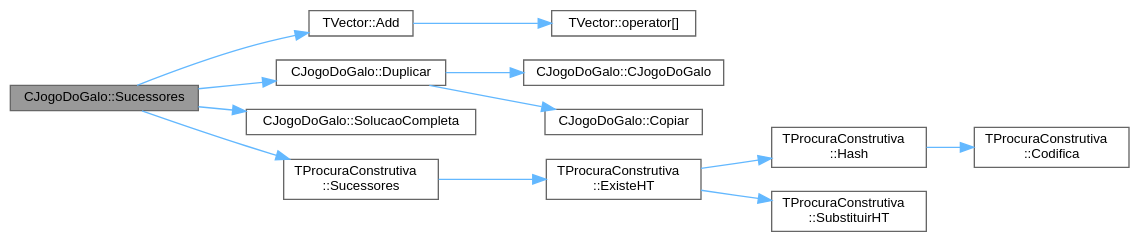
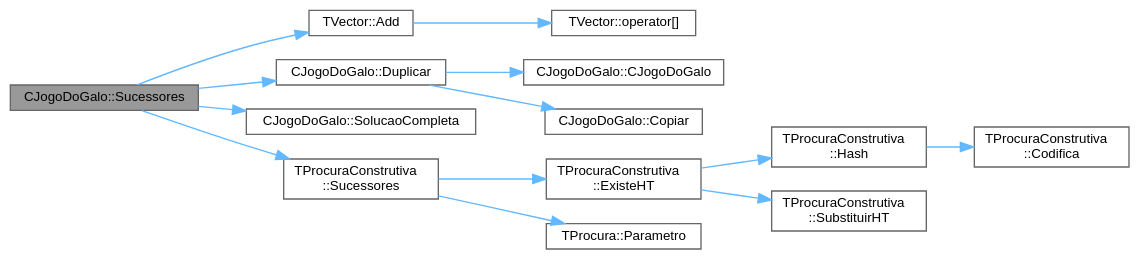
The diagram in classCJogoDoGalo_a00004ccf1fa3974c67e655291db65cfb_cgraph.dot (jcoelho72/TProcura), drawn with Graphviz before and after one commit. The commit also changed 84 other files, not shown here.

```diff
--- a/classCJogoDoGalo_a00004ccf1fa3974c67e655291db65cfb_cgraph.dot
+++ b/classCJogoDoGalo_a00004ccf1fa3974c67e655291db65cfb_cgraph.dot
@@ -1,31 +1,33 @@
 digraph "CJogoDoGalo::Sucessores"
 {
  // LATEX_PDF_SIZE
   bgcolor="transparent";
   edge [fontname=Helvetica,fontsize=10,labelfontname=Helvetica,labelfontsize=10];
   node [fontname=Helvetica,fontsize=10,shape=box,height=0.2,width=0.4];
   rankdir="LR";
   Node1 [id="Node000001",label="CJogoDoGalo::Sucessores",height=0.2,width=0.4,color="gray40", fillcolor="grey60", style="filled", fontcolor="black",tooltip="Coloca em sucessores a lista de estados sucessores."];
-  Node1 -> Node2 [id="edge12_Node000001_Node000002",color="steelblue1",style="solid",tooltip=" "];
+  Node1 -> Node2 [id="edge13_Node000001_Node000002",color="steelblue1",style="solid",tooltip=" "];
   Node2 [id="Node000002",label="TVector::Add",height=0.2,width=0.4,color="grey40", fillcolor="white", style="filled",URL="$classTVector.html#aa28afdd47b27c5e004fc75b86d6f66a6",tooltip=" "];
-  Node2 -> Node3 [id="edge13_Node000002_Node000003",color="steelblue1",style="solid",tooltip=" "];
+  Node2 -> Node3 [id="edge14_Node000002_Node000003",color="steelblue1",style="solid",tooltip=" "];
   Node3 [id="Node000003",label="TVector::operator[]",height=0.2,width=0.4,color="grey40", fillcolor="white", style="filled",URL="$classTVector.html#a372a42fd7c4a94fee43db36d6a339b33",tooltip="Acesso por índice com auto-expansão."];
-  Node1 -> Node4 [id="edge14_Node000001_Node000004",color="steelblue1",style="solid",tooltip=" "];
+  Node1 -> Node4 [id="edge15_Node000001_Node000004",color="steelblue1",style="solid",tooltip=" "];
   Node4 [id="Node000004",label="CJogoDoGalo::Duplicar",height=0.2,width=0.4,color="grey40", fillcolor="white", style="filled",URL="$classCJogoDoGalo.html#a0ffe5148e0dad4e325c1840d0569f508",tooltip="Cria um objecto que é uma cópia deste."];
-  Node4 -> Node5 [id="edge15_Node000004_Node000005",color="steelblue1",style="solid",tooltip=" "];
+  Node4 -> Node5 [id="edge16_Node000004_Node000005",color="steelblue1",style="solid",tooltip=" "];
   Node5 [id="Node000005",label="CJogoDoGalo::CJogoDoGalo",height=0.2,width=0.4,color="grey40", fillcolor="white", style="filled",URL="$classCJogoDoGalo.html#ae89ee9625b01e078ebcb0596f8edd989",tooltip=" "];
-  Node4 -> Node6 [id="edge16_Node000004_Node000006",color="steelblue1",style="solid",tooltip=" "];
+  Node4 -> Node6 [id="edge17_Node000004_Node000006",color="steelblue1",style="solid",tooltip=" "];
   Node6 [id="Node000006",label="CJogoDoGalo::Copiar",height=0.2,width=0.4,color="grey40", fillcolor="white", style="filled",URL="$classCJogoDoGalo.html#ae674e5a8774f6c0eb2533c68342e185f",tooltip=" "];
-  Node1 -> Node7 [id="edge17_Node000001_Node000007",color="steelblue1",style="solid",tooltip=" "];
+  Node1 -> Node7 [id="edge18_Node000001_Node000007",color="steelblue1",style="solid",tooltip=" "];
   Node7 [id="Node000007",label="CJogoDoGalo::SolucaoCompleta",height=0.2,width=0.4,color="grey40", fillcolor="white", style="filled",URL="$classCJogoDoGalo.html#a568b44d77521584132997a74bf557014",tooltip="Verifica se o estado actual é objectivo (é uma solução completa)"];
-  Node1 -> Node8 [id="edge18_Node000001_Node000008",color="steelblue1",style="solid",tooltip=" "];
+  Node1 -> Node8 [id="edge19_Node000001_Node000008",color="steelblue1",style="solid",tooltip=" "];
   Node8 [id="Node000008",label="TProcuraConstrutiva\l::Sucessores",height=0.2,width=0.4,color="grey40", fillcolor="white", style="filled",URL="$group__RedefinicaoMandatoria.html#ga0a13570d2f5a21296e3c10c2780e170c",tooltip="Coloca em sucessores a lista de estados sucessores."];
-  Node8 -> Node9 [id="edge19_Node000008_Node000009",color="steelblue1",style="solid",tooltip=" "];
+  Node8 -> Node9 [id="edge20_Node000008_Node000009",color="steelblue1",style="solid",tooltip=" "];
   Node9 [id="Node000009",label="TProcuraConstrutiva\l::ExisteHT",height=0.2,width=0.4,color="grey40", fillcolor="white", style="filled",URL="$classTProcuraConstrutiva.html#ad7857beab462b4b09a37e70cc9c787ac",tooltip=" "];
-  Node9 -> Node10 [id="edge20_Node000009_Node000010",color="steelblue1",style="solid",tooltip=" "];
+  Node9 -> Node10 [id="edge21_Node000009_Node000010",color="steelblue1",style="solid",tooltip=" "];
   Node10 [id="Node000010",label="TProcuraConstrutiva\l::Hash",height=0.2,width=0.4,color="grey40", fillcolor="white", style="filled",URL="$classTProcuraConstrutiva.html#a70375188a6ee7775bc842a3e64f8e35c",tooltip=" "];
-  Node10 -> Node11 [id="edge21_Node000010_Node000011",color="steelblue1",style="solid",tooltip=" "];
+  Node10 -> Node11 [id="edge22_Node000010_Node000011",color="steelblue1",style="solid",tooltip=" "];
   Node11 [id="Node000011",label="TProcuraConstrutiva\l::Codifica",height=0.2,width=0.4,color="grey40", fillcolor="white", style="filled",URL="$group__RedefinicaoSugerida.html#ga5ff46e85c8f1394c2502f17025284c11",tooltip="Codifica o estado para um vetor de inteiros de 64 bits."];
-  Node9 -> Node12 [id="edge22_Node000009_Node000012",color="steelblue1",style="solid",tooltip=" "];
+  Node9 -> Node12 [id="edge23_Node000009_Node000012",color="steelblue1",style="solid",tooltip=" "];
   Node12 [id="Node000012",label="TProcuraConstrutiva\l::SubstituirHT",height=0.2,width=0.4,color="grey40", fillcolor="white", style="filled",URL="$classTProcuraConstrutiva.html#a99b7a74f16f5a1b63b12bf629b902057",tooltip=" "];
+  Node8 -> Node13 [id="edge24_Node000008_Node000013",color="steelblue1",style="solid",tooltip=" "];
+  Node13 [id="Node000013",label="TProcura::Parametro",height=0.2,width=0.4,color="grey40", fillcolor="white", style="filled",URL="$classTProcura.html#aea8aa78e35d28d0beb438e24fc7ee086",tooltip=" "];
 }
```
